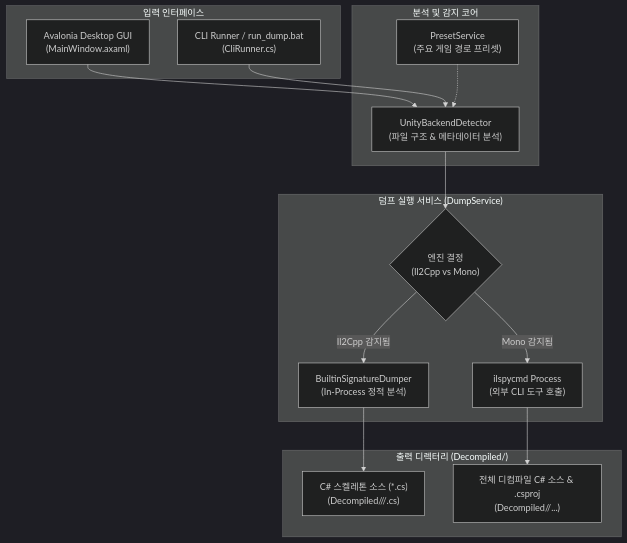
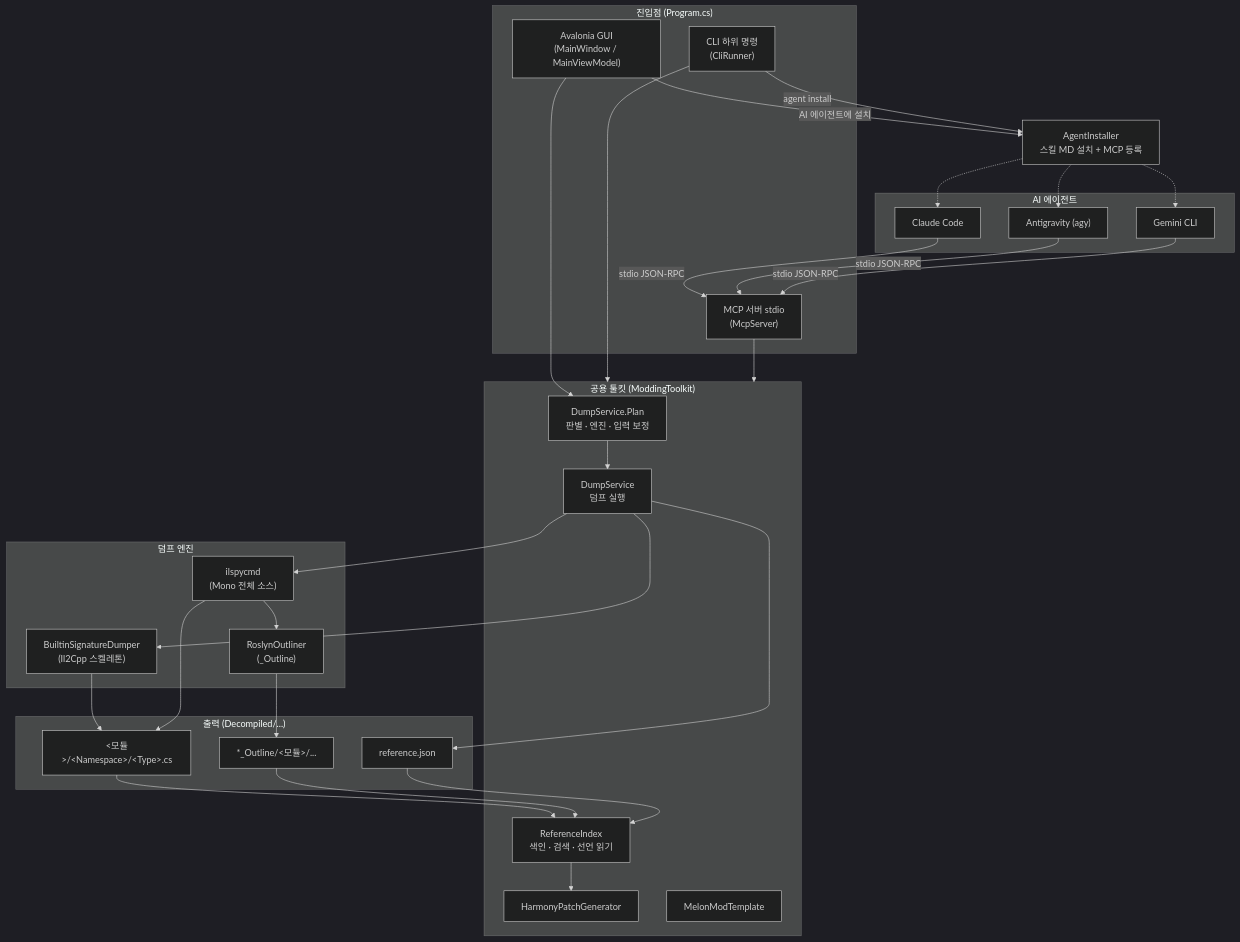
The first of 6 diagrams in docs/architecture.md (magjangin/modding-support-tool), drawn with Mermaid (dark theme) before and after one commit. The commit also changed other lines of this file and 5 other files, not shown here.

````diff
--- a/docs/architecture.md
+++ b/docs/architecture.md
@@ -9,34 +11,51 @@
 ```mermaid
 flowchart TD
-    subgraph UI_CLI ["입력 인터페이스"]
-        GUI["Avalonia Desktop GUI\n(MainWindow.axaml)"]
-        CLI["CLI Runner / run_dump.bat\n(CliRunner.cs)"]
+    subgraph Entry ["진입점 (Program.cs)"]
+        GUI["Avalonia GUI<br/>(MainWindow / MainViewModel)"]
+        CLI["CLI 하위 명령<br/>(CliRunner)"]
+        MCP["MCP 서버 stdio<br/>(McpServer)"]
     end
 
-    subgraph CoreEngine ["분석 및 감지 코어"]
-        Detector["UnityBackendDetector\n(파일 구조 & 메타데이터 분석)"]
-        Presets["PresetService\n(주요 게임 경로 프리셋)"]
+    subgraph Agents ["AI 에이전트"]
+        Claude["Claude Code"]
+        Agy["Antigravity (agy)"]
+        Gemini["Gemini CLI"]
     end
 
-    subgraph ExecutionLayer ["덤프 실행 서비스 (DumpService)"]
-        Dispatcher{"엔진 결정\n(Il2Cpp vs Mono)"}
-        Il2CppBranch["BuiltinSignatureDumper\n(In-Process 정적 분석)"]
-        MonoBranch["ilspycmd Process\n(외부 CLI 도구 호출)"]
+    subgraph Toolkit ["공용 툴킷 (ModdingToolkit)"]
+        Plan["DumpService.Plan<br/>판별 · 엔진 · 입력 보정"]
+        Dump["DumpService<br/>덤프 실행"]
+        Index["ReferenceIndex<br/>색인 · 검색 · 선언 읽기"]
+        Patch["HarmonyPatchGenerator"]
+        Template["MelonModTemplate"]
     end
 
-    subgraph OutputLayer ["출력 디렉터리 (Decompiled/)"]
-        SkeletonFiles["C# 스켈레톤 소스 (*.cs)\n(Decompiled/<Asm>/<Namespace>/<Type>.cs)"]
-        FullDecompiled["전체 디컴파일 C# 소스 & .csproj\n(Decompiled/<Asm>/...)"]
+    subgraph Engines ["덤프 엔진"]
+        Sig["BuiltinSignatureDumper<br/>(Il2Cpp 스켈레톤)"]
+        Ilspy["ilspycmd<br/>(Mono 전체 소스)"]
+        Outliner["RoslynOutliner<br/>(_Outline)"]
     end
 
-    GUI --> Detector
-    CLI --> Detector
-    Presets -.-> Detector
+    subgraph Output ["출력 (Decompiled/...)"]
+        Files["#60;모듈#62;/#60;Namespace#62;/#60;Type#62;.cs"]
+        OutlineFiles["*_Outline/#60;모듈#62;/..."]
+        Manifest["reference.json"]
+    end
 
-    Detector --> Dispatcher
-    Dispatcher -- "Il2Cpp 감지됨" --> Il2CppBranch
-    Dispatcher -- "Mono 감지됨" --> MonoBranch
+    Installer["AgentInstaller<br/>스킬 MD 설치 + MCP 등록"]
 
-    Il2CppBranch --> SkeletonFiles
-    MonoBranch --> FullDecompiled
+    Claude & Agy & Gemini -- "stdio JSON-RPC" --> MCP
+    GUI --> Plan
+    CLI --> Toolkit
+    MCP --> Toolkit
+    Plan --> Dump
+    Dump --> Sig --> Files
+    Dump --> Ilspy --> Files
+    Ilspy --> Outliner --> OutlineFiles
+    Dump --> Manifest
+    Files & OutlineFiles & Manifest --> Index
+    Index --> Patch
+    GUI -- "AI 에이전트에 설치" --> Installer
+    CLI -- "agent install" --> Installer
+    Installer -.-> Claude & Agy & Gemini
 ```
````
